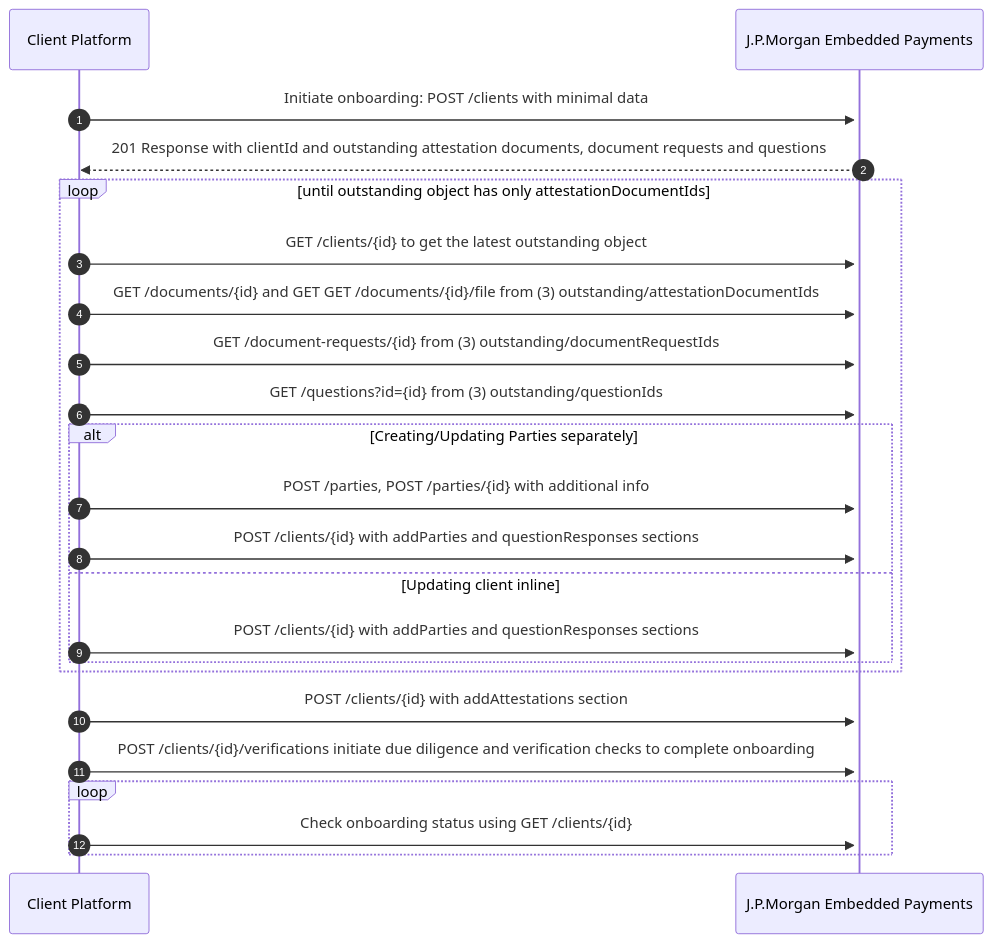
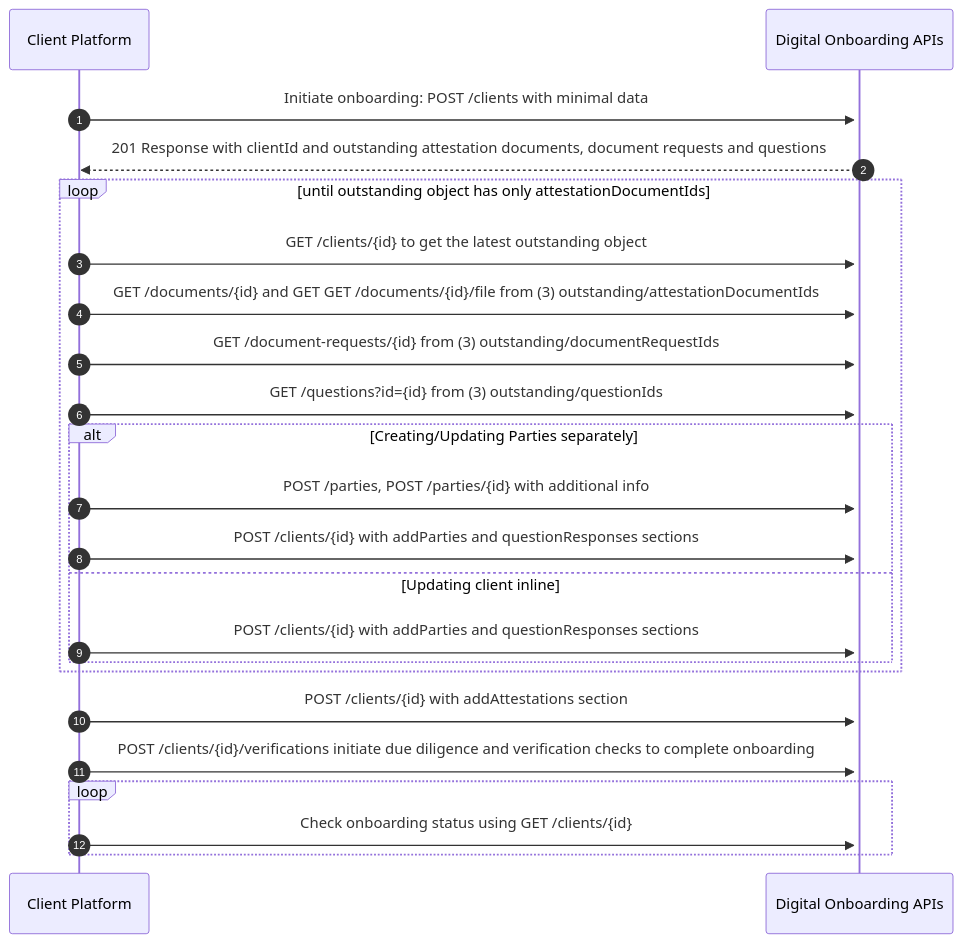
The diagram in embedded-components/src/core/OnboardingWizard/UI_COOKBOOK.md (jpmorgan-payments/embedded-banking), drawn with Mermaid before and after one commit.

Commit message:
small changes

````diff
--- a/embedded-components/src/core/OnboardingWizard/UI_COOKBOOK.md
+++ b/embedded-components/src/core/OnboardingWizard/UI_COOKBOOK.md
@@ -20,26 +20,26 @@
 ```mermaid
 sequenceDiagram
 autonumber
     participant P as Client Platform
-    participant J as J.P.Morgan Embedded Payments
+    participant J as Digital Onboarding APIs
     P->>+J: Initiate onboarding: POST /clients with minimal data
     J-->>P: 201 Response with clientId and outstanding attestation documents, document requests and questions
     loop until outstanding object has only attestationDocumentIds
         P->>+J: GET /clients/{id} to get the latest outstanding object
         P->>+J: GET /documents/{id} and GET GET /documents/{id}/file from (3) outstanding/attestationDocumentIds
         P->>+J: GET /document-requests/{id} from (3) outstanding/documentRequestIds
         P->>+J: GET /questions?id={id} from (3) outstanding/questionIds
         alt Creating/Updating Parties separately
             P->>J: POST /parties, POST /parties/{id} with additional info
             P->>J: POST /clients/{id} with addParties and questionResponses sections
         else Updating client inline
             P->>J: POST /clients/{id} with addParties and questionResponses sections
         end
     
     end
     P->>J: POST /clients/{id} with addAttestations section
     P->>J: POST /clients/{id}/verifications initiate due diligence and verification checks to complete onboarding
     loop
         P->>J: Check onboarding status using GET /clients/{id}
     end
 ```
````
